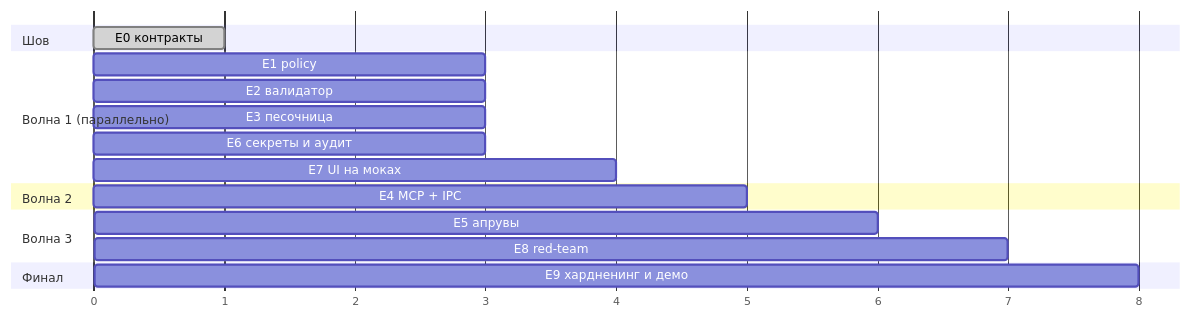
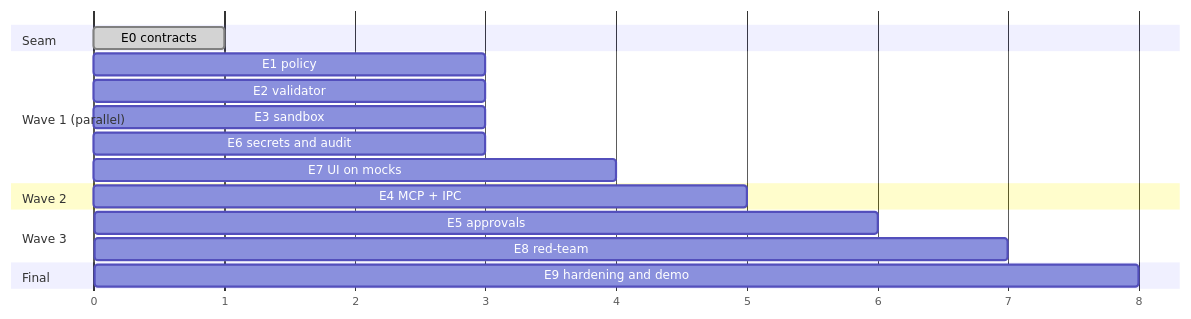
The diagram in docs/06-epics.md (EgorKazachenko/mcpproxy), drawn with Mermaid before and after one commit. The commit also changed other lines of this file and 17 other files, not shown here.

````diff
--- a/docs/06-epics.md
+++ b/docs/06-epics.md
@@ -33,20 +33,20 @@
 ```mermaid
 gantt
     dateFormat X
     axisFormat %s
-    section Шов
-    E0 контракты          :done, e0, 0, 1
-    section Волна 1 (параллельно)
-    E1 policy             :e1, 1, 3
-    E2 валидатор          :e2, 1, 3
-    E3 песочница          :e3, 1, 3
-    E6 секреты и аудит    :e6, 1, 3
-    E7 UI на моках        :e7, 1, 4
-    section Волна 2
-    E4 MCP + IPC          :e4, 3, 5
-    section Волна 3
-    E5 апрувы             :e5, 5, 6
-    E8 red-team           :e8, 5, 7
-    section Финал
-    E9 хардненинг и демо  :e9, 7, 8
+    section Seam
+    E0 contracts           :done, e0, 0, 1
+    section Wave 1 (parallel)
+    E1 policy              :e1, 1, 3
+    E2 validator            :e2, 1, 3
+    E3 sandbox              :e3, 1, 3
+    E6 secrets and audit    :e6, 1, 3
+    E7 UI on mocks           :e7, 1, 4
+    section Wave 2
+    E4 MCP + IPC            :e4, 3, 5
+    section Wave 3
+    E5 approvals             :e5, 5, 6
+    E8 red-team              :e8, 5, 7
+    section Final
+    E9 hardening and demo    :e9, 7, 8
 ```
````
